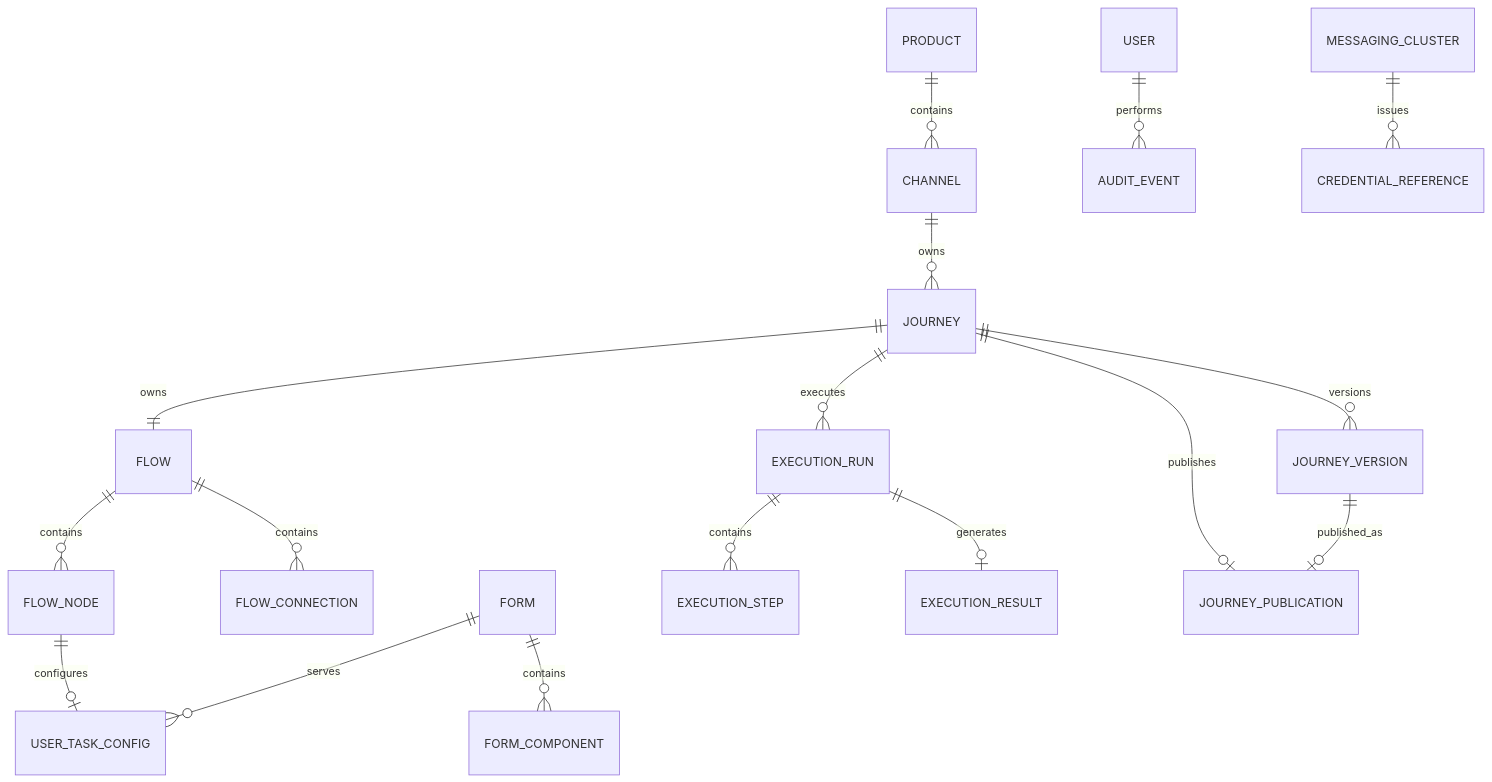
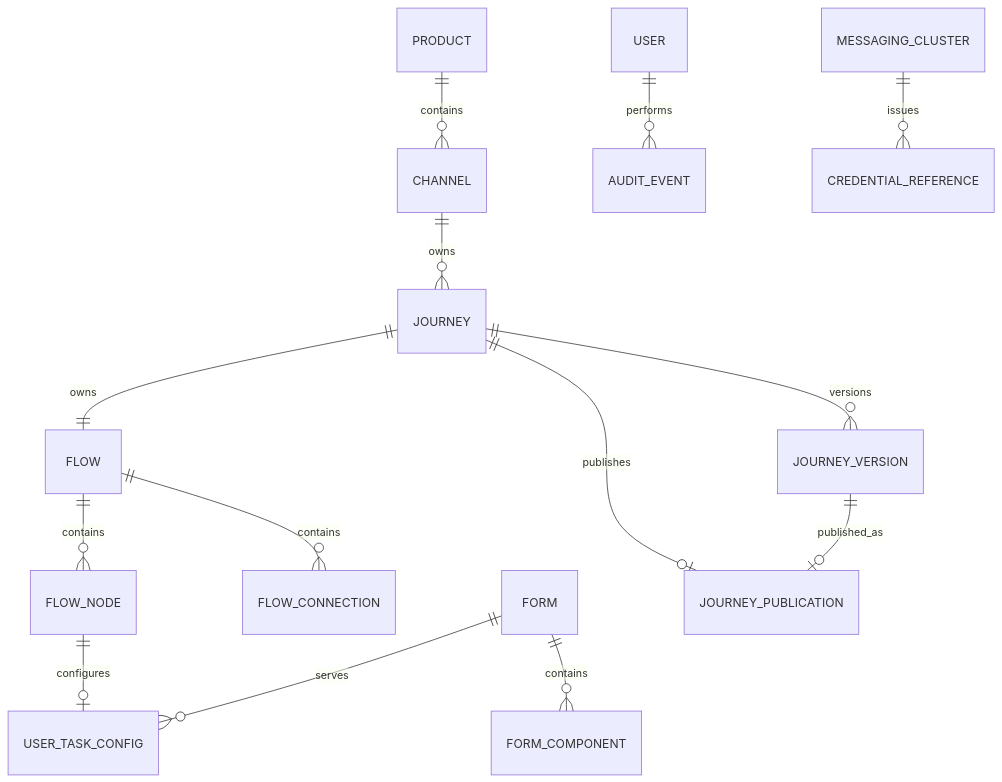
Before and after one commit to hermesnet-git/journey-admin: the diagram in requisitos/admin/ej-admin-modelo-dados-fisico.md, drawn with Mermaid. The commit also changed other lines of this file and 5 other files, not shown here.

````diff
--- a/requisitos/admin/ej-admin-modelo-dados-fisico.md
+++ b/requisitos/admin/ej-admin-modelo-dados-fisico.md
@@ -624,24 +560,20 @@
 ```mermaid
 erDiagram
     PRODUCT ||--o{ CHANNEL : contains
     CHANNEL ||--o{ JOURNEY : owns
 
     JOURNEY ||--|| FLOW : owns
     FLOW ||--o{ FLOW_NODE : contains
     FLOW ||--o{ FLOW_CONNECTION : contains
 
     FLOW_NODE ||--o| USER_TASK_CONFIG : configures
     FORM ||--o{ USER_TASK_CONFIG : serves
     FORM ||--o{ FORM_COMPONENT : contains
 
-    JOURNEY ||--o{ EXECUTION_RUN : executes
-    EXECUTION_RUN ||--o{ EXECUTION_STEP : contains
-    EXECUTION_RUN ||--o| EXECUTION_RESULT : generates
-
     JOURNEY ||--o| JOURNEY_PUBLICATION : publishes
     JOURNEY ||--o{ JOURNEY_VERSION : versions
     JOURNEY_VERSION ||--o| JOURNEY_PUBLICATION : published_as
     USER ||--o{ AUDIT_EVENT : performs
 
     MESSAGING_CLUSTER ||--o{ CREDENTIAL_REFERENCE : issues
 ```
````
